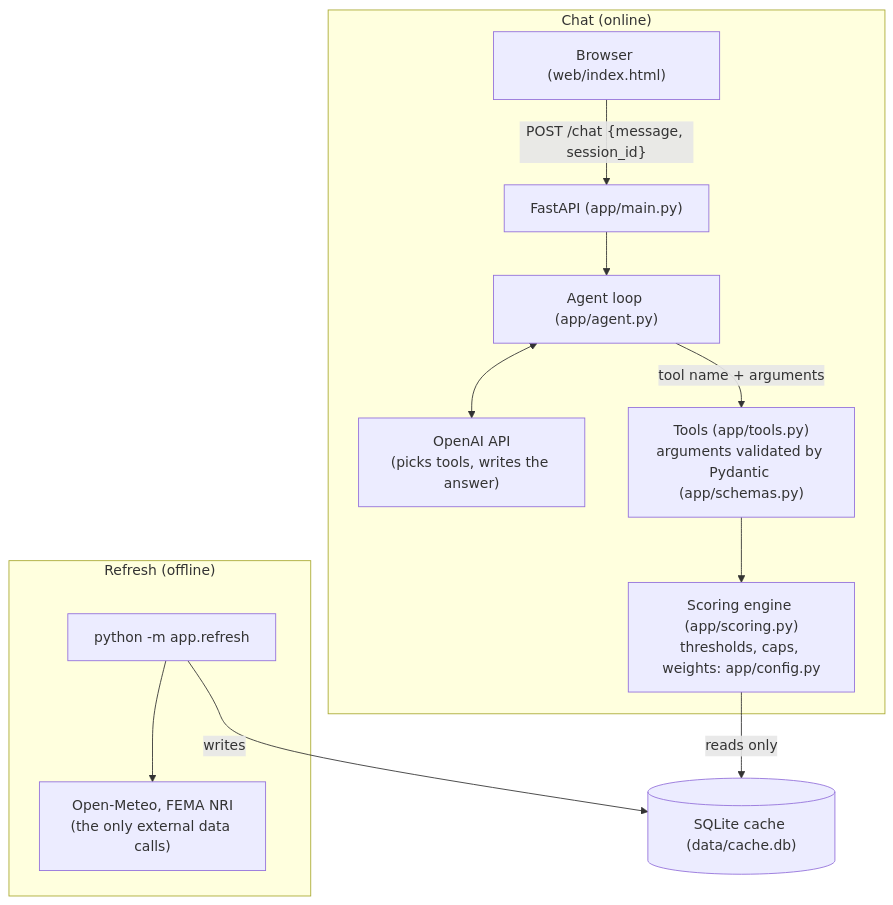
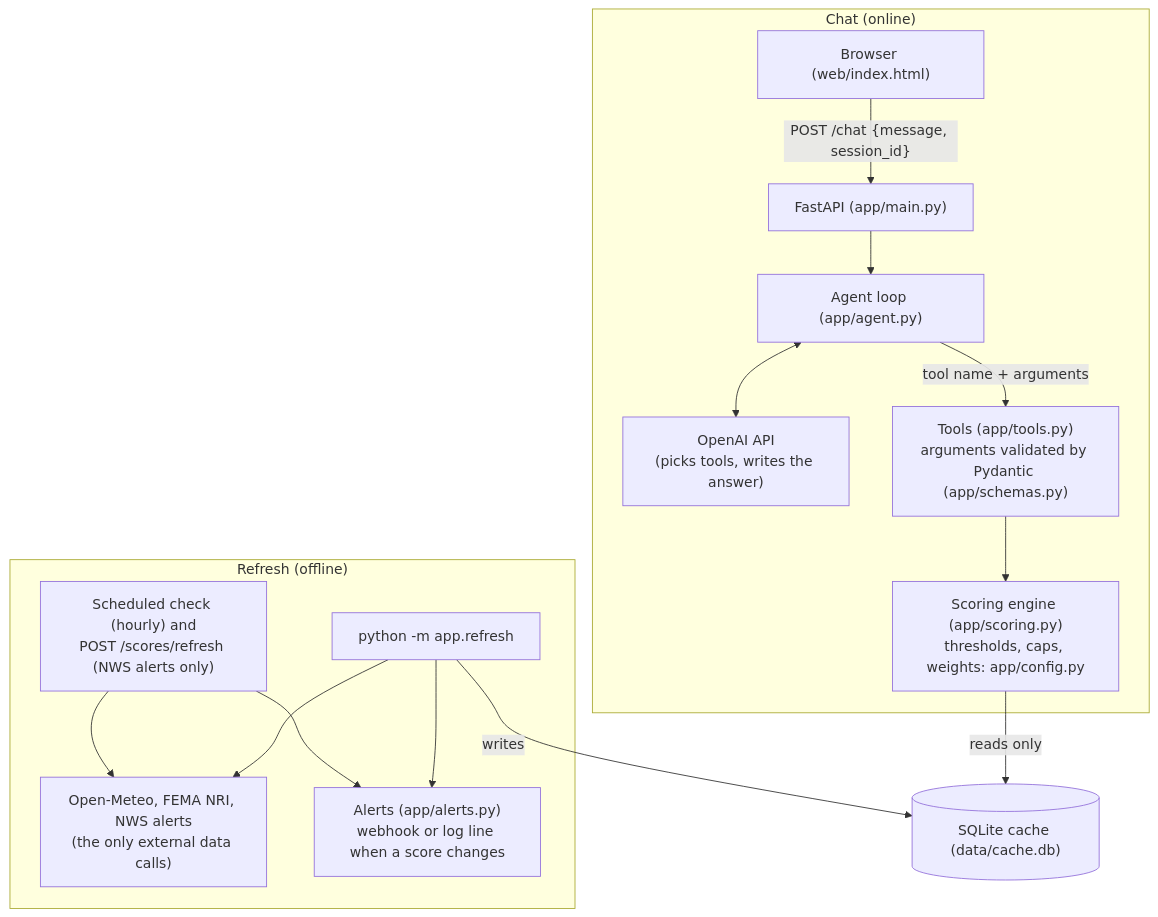
Before and after one commit to Coral3la/Weather-Risk-Agent: the diagram in DESIGN.md, drawn with Mermaid. The commit also changed other lines of this file and 16 other files, not shown here.

````diff
--- a/DESIGN.md
+++ b/DESIGN.md
@@ -13,29 +13,34 @@
 ```mermaid
 flowchart TB
     subgraph chat["Chat (online)"]
         browser["Browser (web/index.html)"]
         api["FastAPI (app/main.py)"]
         agent["Agent loop (app/agent.py)"]
         openai["OpenAI API<br/>(picks tools, writes the answer)"]
         tools["Tools (app/tools.py)<br/>arguments validated by Pydantic (app/schemas.py)"]
         scoring["Scoring engine (app/scoring.py)<br/>thresholds, caps, weights: app/config.py"]
 
         browser -->|"POST /chat {message, session_id}"| api
         api --> agent
         agent <--> openai
         agent -->|"tool name + arguments"| tools
         tools --> scoring
     end
 
     cache[("SQLite cache (data/cache.db)")]
 
     subgraph refresh["Refresh (offline)"]
         refresh_cmd["python -m app.refresh"]
-        sources["Open-Meteo, FEMA NRI<br/>(the only external data calls)"]
+        refresh_api["Scheduled check (hourly) and<br/>POST /scores/refresh (NWS alerts only)"]
+        sources["Open-Meteo, FEMA NRI, NWS alerts<br/>(the only external data calls)"]
+        alerts["Alerts (app/alerts.py)<br/>webhook or log line when a score changes"]
 
         refresh_cmd --> sources
+        refresh_api --> sources
+        refresh_cmd --> alerts
+        refresh_api --> alerts
     end
 
     scoring -->|"reads only"| cache
     refresh_cmd -->|"writes"| cache
 ```
````
